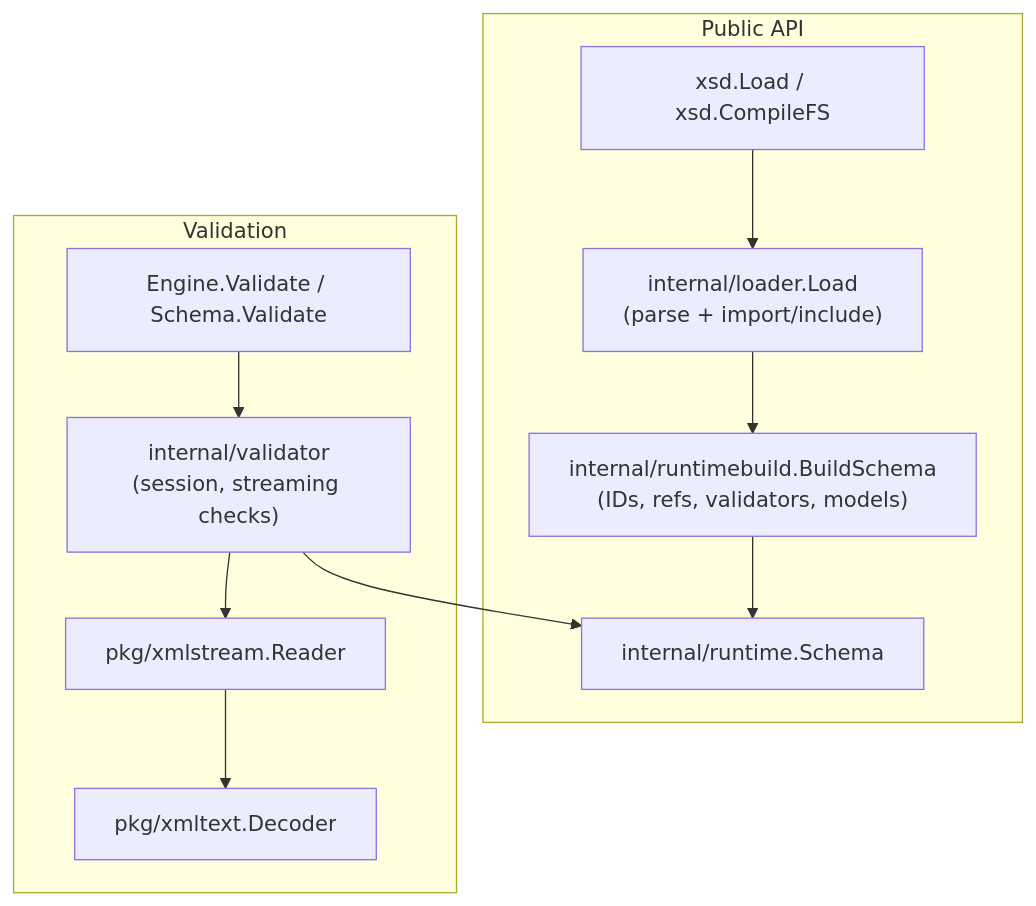
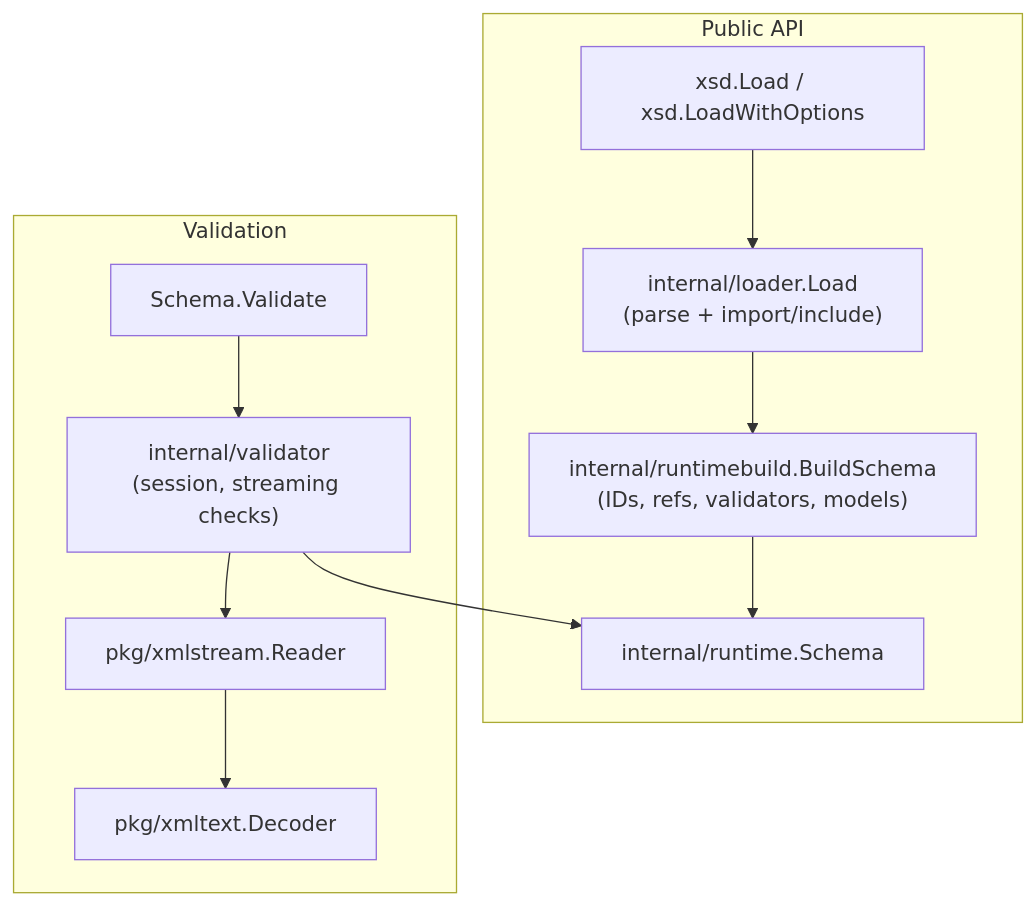
Before and after one commit to jacoelho/xsd: the second of 5 diagrams in docs/architecture.md, drawn with Mermaid. The commit also changed other lines of this file and 7 other files, not shown here.

````diff
--- a/docs/architecture.md
+++ b/docs/architecture.md
@@ -46,12 +46,12 @@
 ```mermaid
 flowchart TD
   subgraph PublicAPI["Public API"]
-    Load["xsd.Load / xsd.CompileFS"] --> Loader["internal/loader.Load<br/>(parse + import/include)"] --> Build["internal/runtimebuild.BuildSchema<br/>(IDs, refs, validators, models)"] --> Runtime["internal/runtime.Schema"]
+    Load["xsd.Load / xsd.LoadWithOptions"] --> Loader["internal/loader.Load<br/>(parse + import/include)"] --> Build["internal/runtimebuild.BuildSchema<br/>(IDs, refs, validators, models)"] --> Runtime["internal/runtime.Schema"]
   end
   subgraph Validation
-    Validate["Engine.Validate / Schema.Validate"] --> ValidatorPkg["internal/validator<br/>(session, streaming checks)"]
+    Validate["Schema.Validate"] --> ValidatorPkg["internal/validator<br/>(session, streaming checks)"]
     ValidatorPkg --> Runtime
     ValidatorPkg --> XMLPkg["pkg/xmlstream.Reader"]
     XMLPkg --> XMLText["pkg/xmltext.Decoder"]
   end
 ```
````
